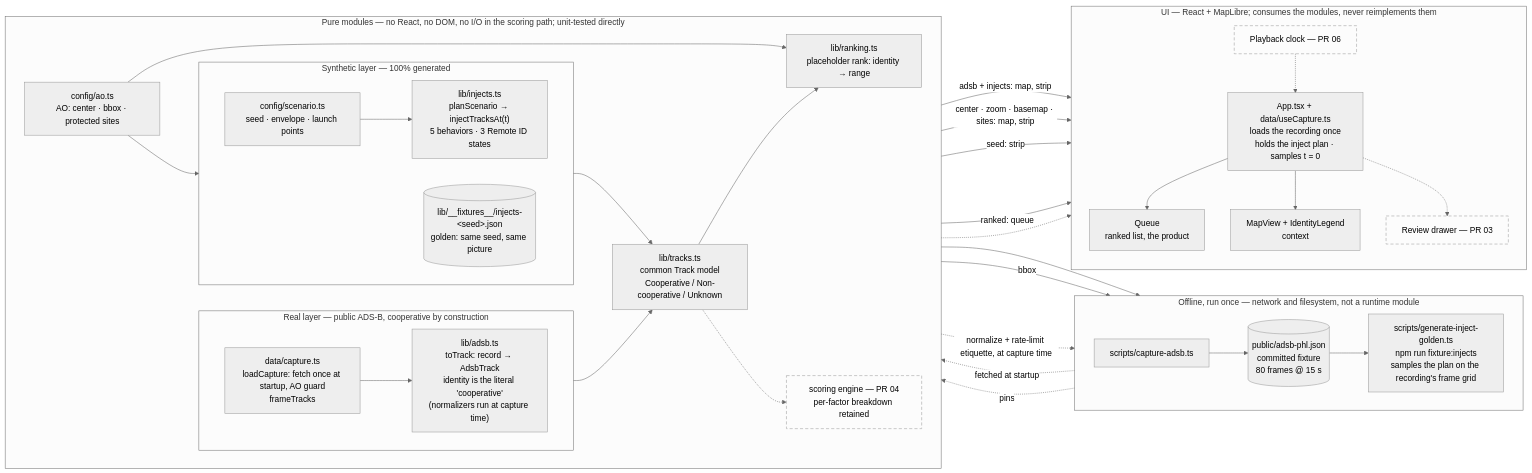
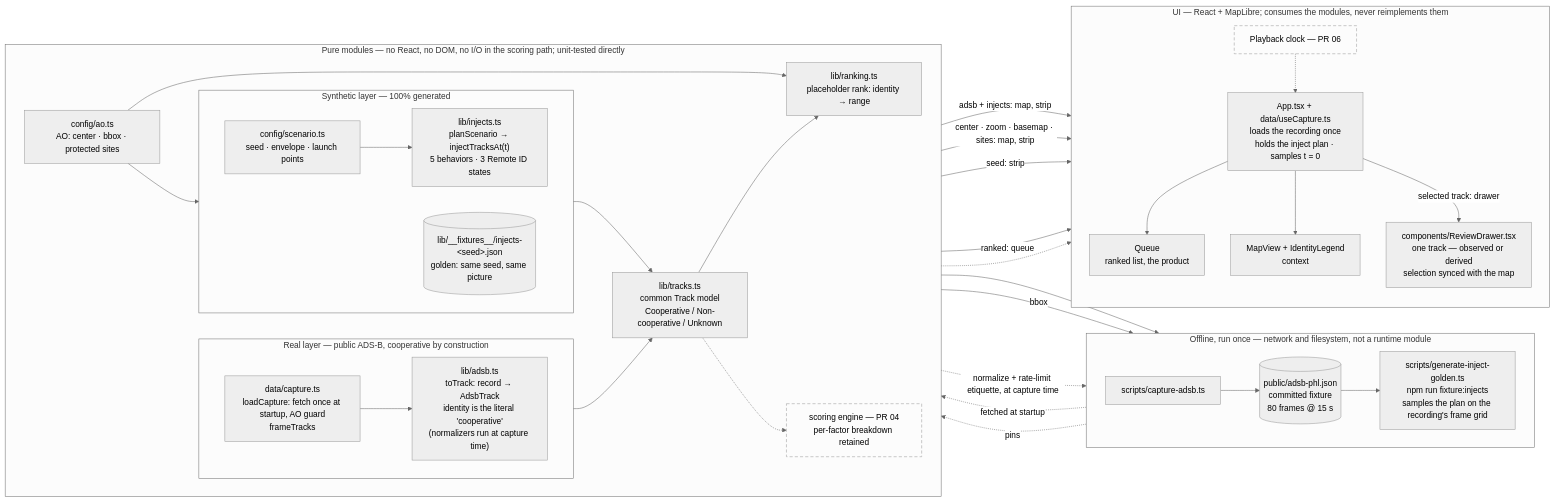
Before and after one commit to garishay/vigil: the diagram in README.md, drawn with Mermaid (neutral theme). The commit also changed other lines of this file and 11 other files, not shown here.

First line of the commit message:
feat: Review drawer, two-way selection, and the layer filter (03a) (#33)

````diff
--- a/README.md
+++ b/README.md
@@ -24,54 +26,54 @@
 ```mermaid
 flowchart LR
   subgraph offline["Offline, run once — network and filesystem, not a runtime module"]
     direction LR
     cap["scripts/capture-adsb.ts"] --> fx[("public/adsb-phl.json<br/>committed fixture<br/>80 frames @ 15 s")]
     fx --> goldgen["scripts/generate-inject-golden.ts<br/>npm run fixture:injects<br/>samples the plan on the recording's frame grid"]
   end
   subgraph pure["Pure modules — no React, no DOM, no I/O in the scoring path; unit-tested directly"]
     direction LR
     subgraph real["Real layer — public ADS-B, cooperative by construction"]
       direction LR
       load["data/capture.ts<br/>loadCapture: fetch once at startup, AO guard<br/>frameTracks"] --> norm["lib/adsb.ts<br/>toTrack: record → AdsbTrack<br/>identity is the literal 'cooperative'<br/>(normalizers run at capture time)"]
     end
     subgraph syn["Synthetic layer — 100% generated"]
       direction LR
       cfg["config/scenario.ts<br/>seed · envelope · launch points"] --> gen["lib/injects.ts<br/>planScenario → injectTracksAt(t)<br/>5 behaviors · 3 Remote ID states"]
       gold[("lib/__fixtures__/injects-&lt;seed&gt;.json<br/>golden: same seed, same picture")]
     end
     ao["config/ao.ts<br/>AO: center · bbox · protected sites"]
     model["lib/tracks.ts<br/>common Track model<br/>Cooperative / Non-cooperative / Unknown"]
     rank["lib/ranking.ts<br/>placeholder rank: identity → range"]
     score["scoring engine — PR 04<br/>per-factor breakdown retained"]
     norm --> model
     gen --> model
     ao --> gen
     ao --> rank
     model --> rank
     model -.-> score
   end
   fx -. fetched at startup .-> load
   gen --> goldgen
   goldgen -. pins .-> gold
   ao -- bbox --> cap
   norm -. normalize + rate-limit etiquette, at capture time .-> cap
   subgraph ui["UI — React + MapLibre; consumes the modules, never reimplements them"]
     direction TB
     app["App.tsx + data/useCapture.ts<br/>loads the recording once<br/>holds the inject plan · samples t = 0"]
     queue["Queue<br/>ranked list, the product"]
     map["MapView + IdentityLegend<br/>context"]
-    review["Review drawer — PR 03"]
+    review["components/ReviewDrawer.tsx<br/>one track — observed or derived<br/>selection synced with the map"]
     clock["Playback clock — PR 06"]
     app --> queue
     app --> map
-    app -.-> review
+    app -- selected track: drawer --> review
     clock -.-> app
   end
   model -- adsb + injects: map, strip --> app
   ao -- center · zoom · basemap · sites: map, strip --> app
   cfg -- seed: strip --> app
   rank -- ranked: queue --> app
   score -.-> app
   classDef planned stroke-dasharray: 6 4,fill:none;
-  class score,review,clock planned;
+  class score,clock planned;
 ```
````
